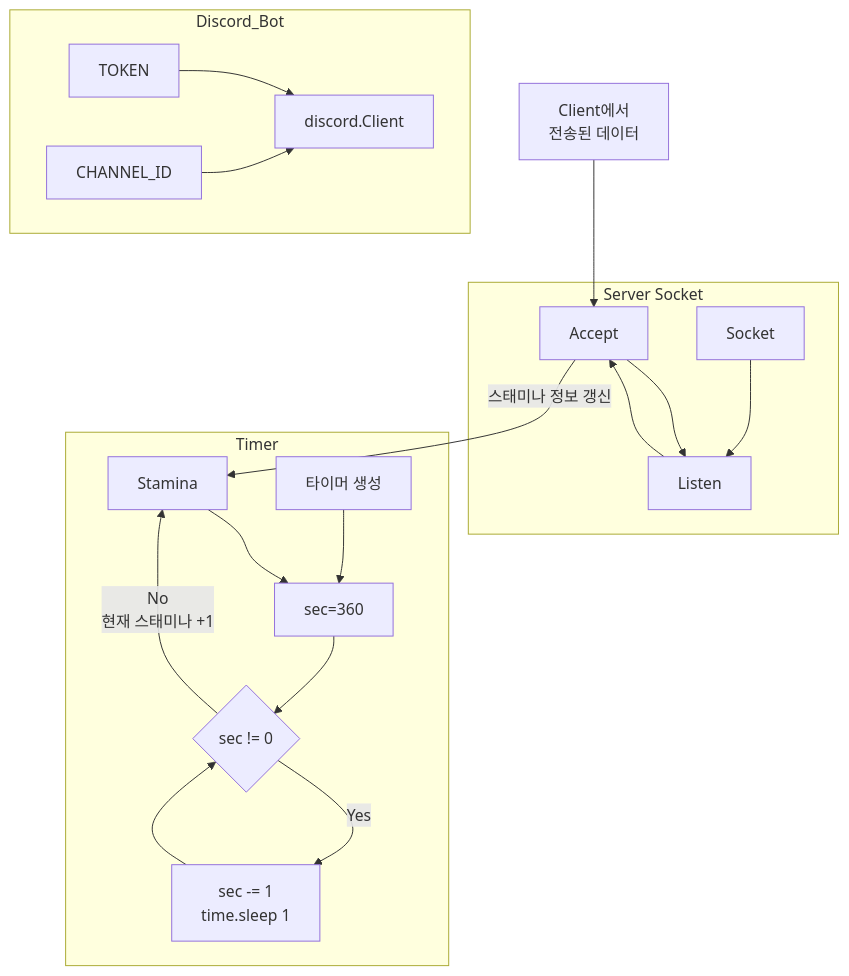
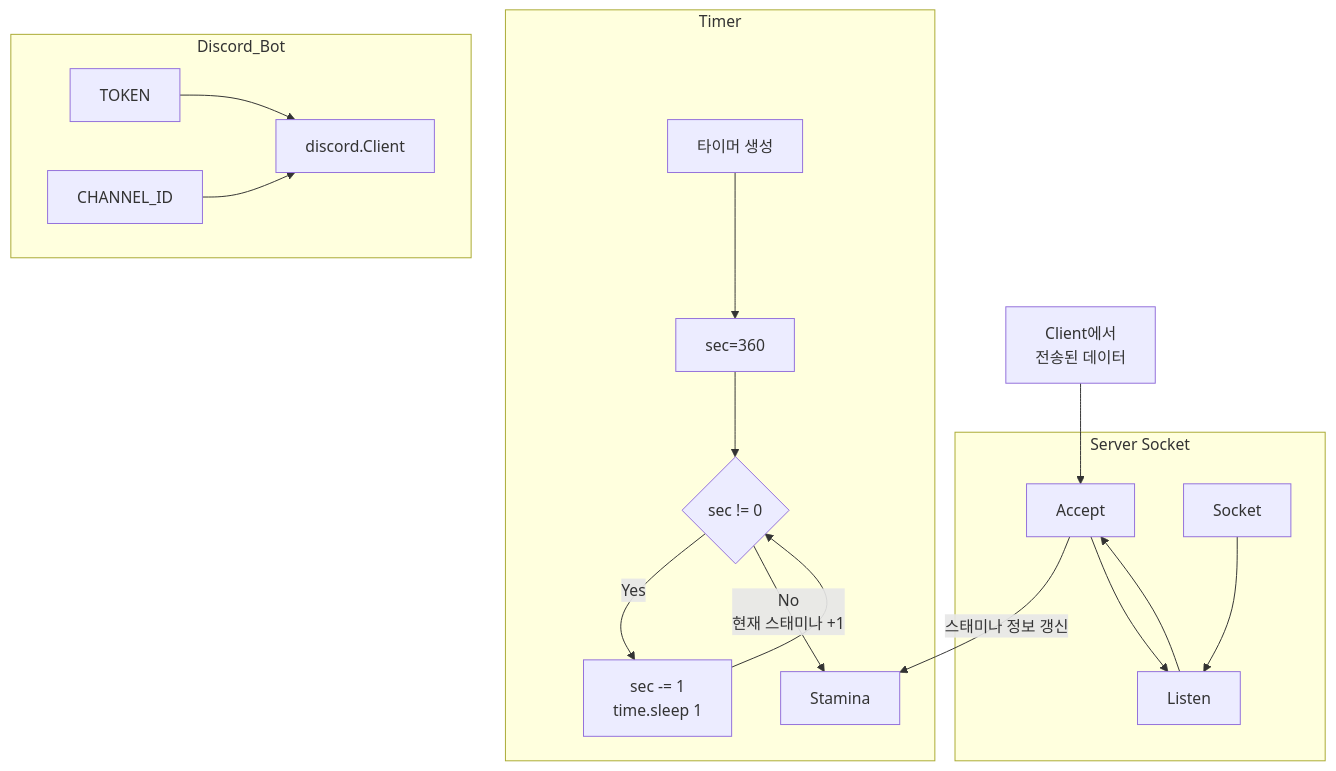
Before and after one commit to 201710808/Game-Stamina-Alarm: the third of 3 diagrams in README.md, drawn with Mermaid.

````diff
--- a/README.md
+++ b/README.md
@@ -55,25 +55,24 @@
 ```mermaid
 graph TB;
     data[Client에서\n전송된 데이터]-->Accept;
 
     subgraph Server Socket;
     Socket-->Listen;
     Listen-->Accept;
     end;
     Accept-->|스태미나 정보 갱신|Stamina;
     Accept-->Listen;
 
     subgraph Timer;
     timer_start[타이머 생성]-->sec;
     sec[sec=360]-->condition{sec != 0};
     condition-->|"Yes"|process_time[sec -= 1\ntime.sleep 1];
     process_time-->condition;
     condition-->|"No\n현재 스태미나 +1"|Stamina;
-    Stamina-->sec;
     end;
 
     subgraph Discord_Bot;
     TOKEN-->Client[discord.Client];
     CHANNEL_ID-->Client;
     end;
 ```
````
